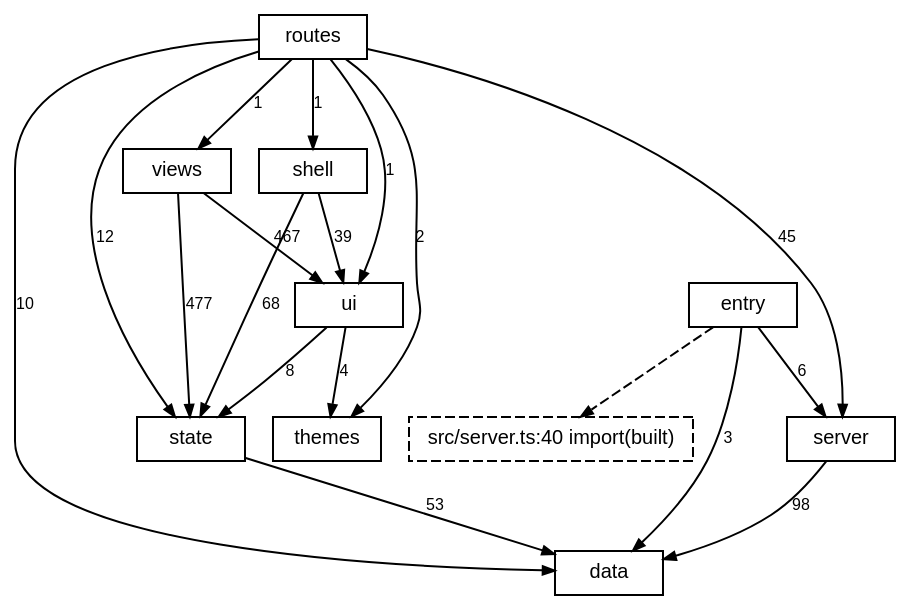
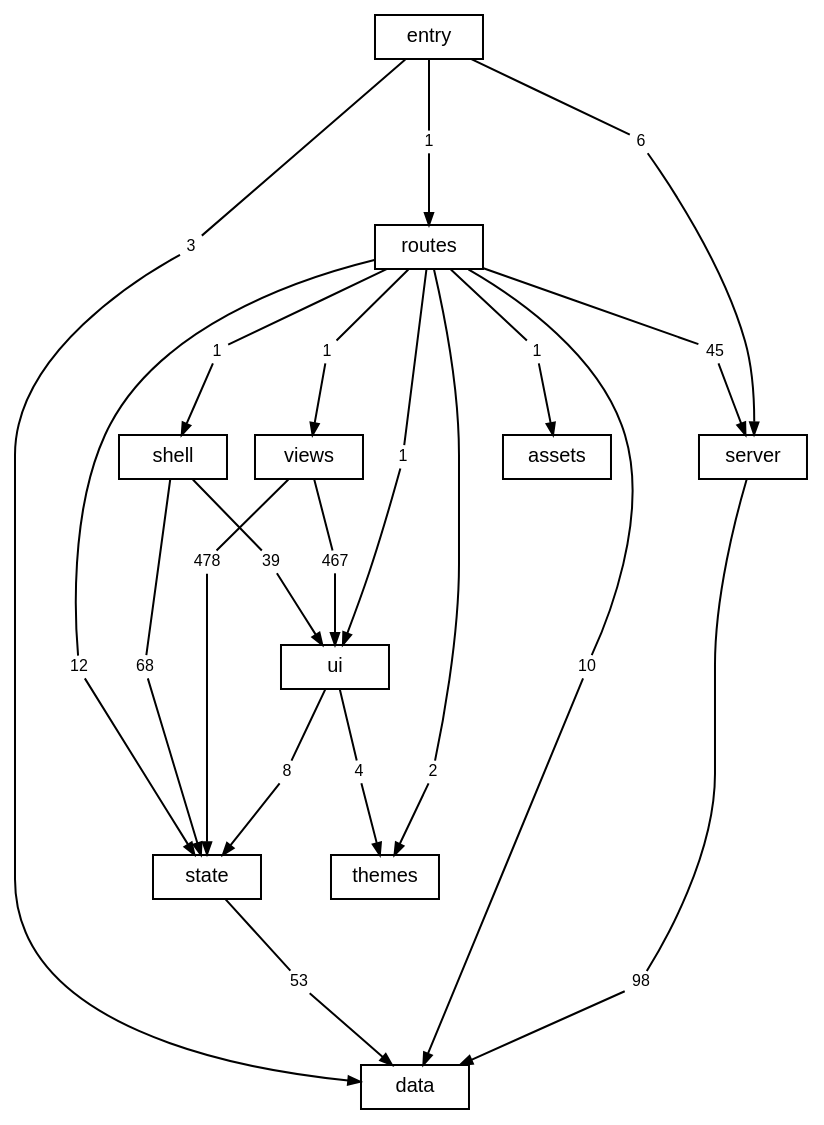
The diagram in docs/diagrams/layers.dot (TheAxeC/oculus), drawn with Graphviz before and after one commit. The commit also changed 433 other files, not shown here.

```diff
--- a/docs/diagrams/layers.dot
+++ b/docs/diagrams/layers.dot
@@ -1,33 +1,72 @@
 digraph layers {
     graph [bgcolor="transparent", rankdir=TB, newrank=true, fontname="Helvetica,Arial,sans-serif", fontsize=12, nodesep=0.2, ranksep=0.5];
     node [shape=box, color="black", fontcolor="black", fontname="Helvetica,Arial,sans-serif", fontsize=10, height=0.3, margin="0.12,0.04"];
     edge [color="black", fontcolor="black", fontname="Helvetica,Arial,sans-serif", fontsize=8, arrowsize=0.6];
     "data";
     "server";
     "state";
     "ui";
     "shell";
     "views";
     "themes";
     "routes";
     "src" [label="entry"];
-    "? src/server.ts:40" [label="src/server.ts:40 import(built)", style=dashed];
-    "routes" -> "data" [label="10"];
-    "routes" -> "server" [label="45"];
-    "routes" -> "shell" [label="1"];
-    "routes" -> "state" [label="12"];
-    "routes" -> "themes" [label="2"];
-    "routes" -> "ui" [label="1"];
-    "routes" -> "views" [label="1"];
-    "server" -> "data" [label="98"];
-    "shell" -> "state" [label="68"];
-    "shell" -> "ui" [label="39"];
-    "src" -> "data" [label="3"];
-    "src" -> "server" [label="6"];
-    "state" -> "data" [label="53"];
-    "ui" -> "state" [label="8"];
-    "ui" -> "themes" [label="4"];
-    "views" -> "state" [label="477"];
-    "views" -> "ui" [label="467"];
-    "src" -> "? src/server.ts:40" [style=dashed];
+    "files: assets" [label="assets"];
+    "routes to data" [label="10", shape=box, color="transparent", fontsize=8, width=0, height=0, margin="0.04,0.02"];
+    "routes" -> "routes to data" [arrowhead=none];
+    "routes to data" -> "data" [];
+    "routes to files: assets" [label="1", shape=box, color="transparent", fontsize=8, width=0, height=0, margin="0.04,0.02"];
+    "routes" -> "routes to files: assets" [arrowhead=none];
+    "routes to files: assets" -> "files: assets" [];
+    "routes to server" [label="45", shape=box, color="transparent", fontsize=8, width=0, height=0, margin="0.04,0.02"];
+    "routes" -> "routes to server" [arrowhead=none];
+    "routes to server" -> "server" [];
+    "routes to shell" [label="1", shape=box, color="transparent", fontsize=8, width=0, height=0, margin="0.04,0.02"];
+    "routes" -> "routes to shell" [arrowhead=none];
+    "routes to shell" -> "shell" [];
+    "routes to state" [label="12", shape=box, color="transparent", fontsize=8, width=0, height=0, margin="0.04,0.02"];
+    "routes" -> "routes to state" [arrowhead=none];
+    "routes to state" -> "state" [];
+    "routes to themes" [label="2", shape=box, color="transparent", fontsize=8, width=0, height=0, margin="0.04,0.02"];
+    "routes" -> "routes to themes" [arrowhead=none];
+    "routes to themes" -> "themes" [];
+    "routes to ui" [label="1", shape=box, color="transparent", fontsize=8, width=0, height=0, margin="0.04,0.02"];
+    "routes" -> "routes to ui" [arrowhead=none];
+    "routes to ui" -> "ui" [];
+    "routes to views" [label="1", shape=box, color="transparent", fontsize=8, width=0, height=0, margin="0.04,0.02"];
+    "routes" -> "routes to views" [arrowhead=none];
+    "routes to views" -> "views" [];
+    "server to data" [label="98", shape=box, color="transparent", fontsize=8, width=0, height=0, margin="0.04,0.02"];
+    "server" -> "server to data" [arrowhead=none];
+    "server to data" -> "data" [];
+    "shell to state" [label="68", shape=box, color="transparent", fontsize=8, width=0, height=0, margin="0.04,0.02"];
+    "shell" -> "shell to state" [arrowhead=none];
+    "shell to state" -> "state" [];
+    "shell to ui" [label="39", shape=box, color="transparent", fontsize=8, width=0, height=0, margin="0.04,0.02"];
+    "shell" -> "shell to ui" [arrowhead=none];
+    "shell to ui" -> "ui" [];
+    "src to data" [label="3", shape=box, color="transparent", fontsize=8, width=0, height=0, margin="0.04,0.02"];
+    "src" -> "src to data" [arrowhead=none];
+    "src to data" -> "data" [];
+    "src to routes" [label="1", shape=box, color="transparent", fontsize=8, width=0, height=0, margin="0.04,0.02"];
+    "src" -> "src to routes" [arrowhead=none];
+    "src to routes" -> "routes" [];
+    "src to server" [label="6", shape=box, color="transparent", fontsize=8, width=0, height=0, margin="0.04,0.02"];
+    "src" -> "src to server" [arrowhead=none];
+    "src to server" -> "server" [];
+    "state to data" [label="53", shape=box, color="transparent", fontsize=8, width=0, height=0, margin="0.04,0.02"];
+    "state" -> "state to data" [arrowhead=none];
+    "state to data" -> "data" [];
+    "ui to state" [label="8", shape=box, color="transparent", fontsize=8, width=0, height=0, margin="0.04,0.02"];
+    "ui" -> "ui to state" [arrowhead=none];
+    "ui to state" -> "state" [];
+    "ui to themes" [label="4", shape=box, color="transparent", fontsize=8, width=0, height=0, margin="0.04,0.02"];
+    "ui" -> "ui to themes" [arrowhead=none];
+    "ui to themes" -> "themes" [];
+    "views to state" [label="478", shape=box, color="transparent", fontsize=8, width=0, height=0, margin="0.04,0.02"];
+    "views" -> "views to state" [arrowhead=none];
+    "views to state" -> "state" [];
+    "views to ui" [label="467", shape=box, color="transparent", fontsize=8, width=0, height=0, margin="0.04,0.02"];
+    "views" -> "views to ui" [arrowhead=none];
+    "views to ui" -> "ui" [];
 }
```
